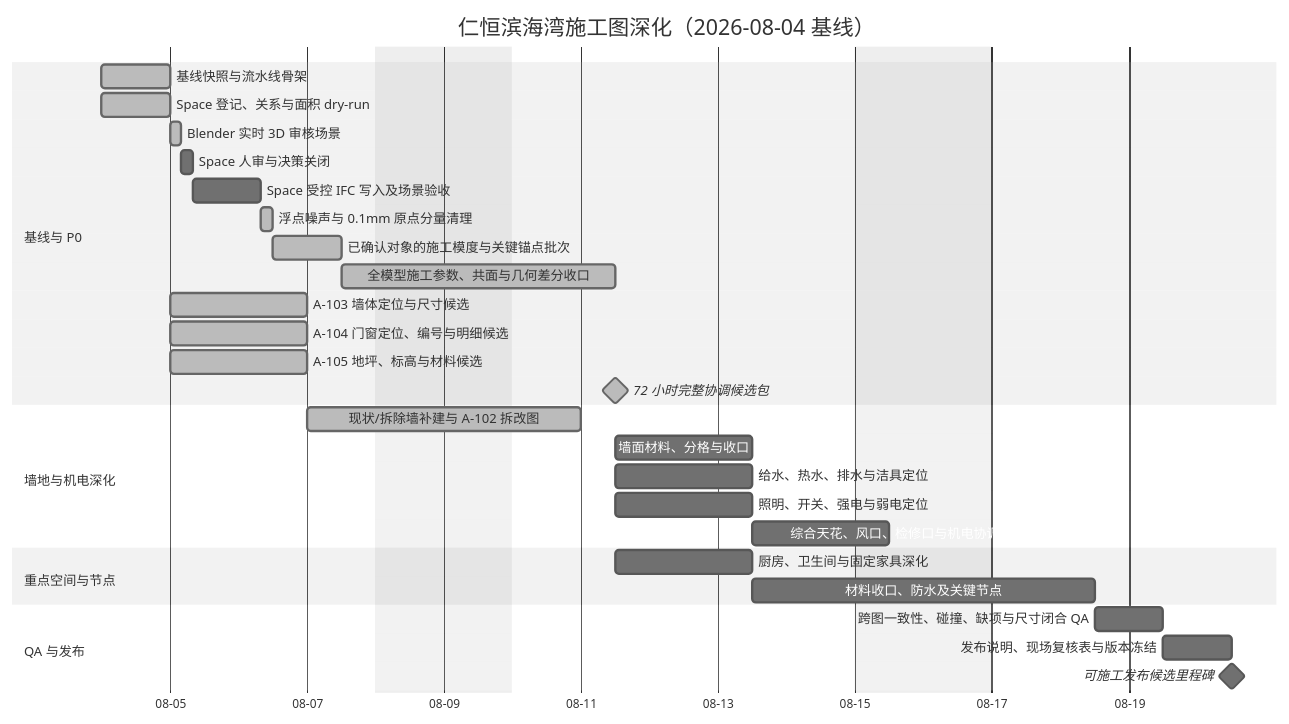
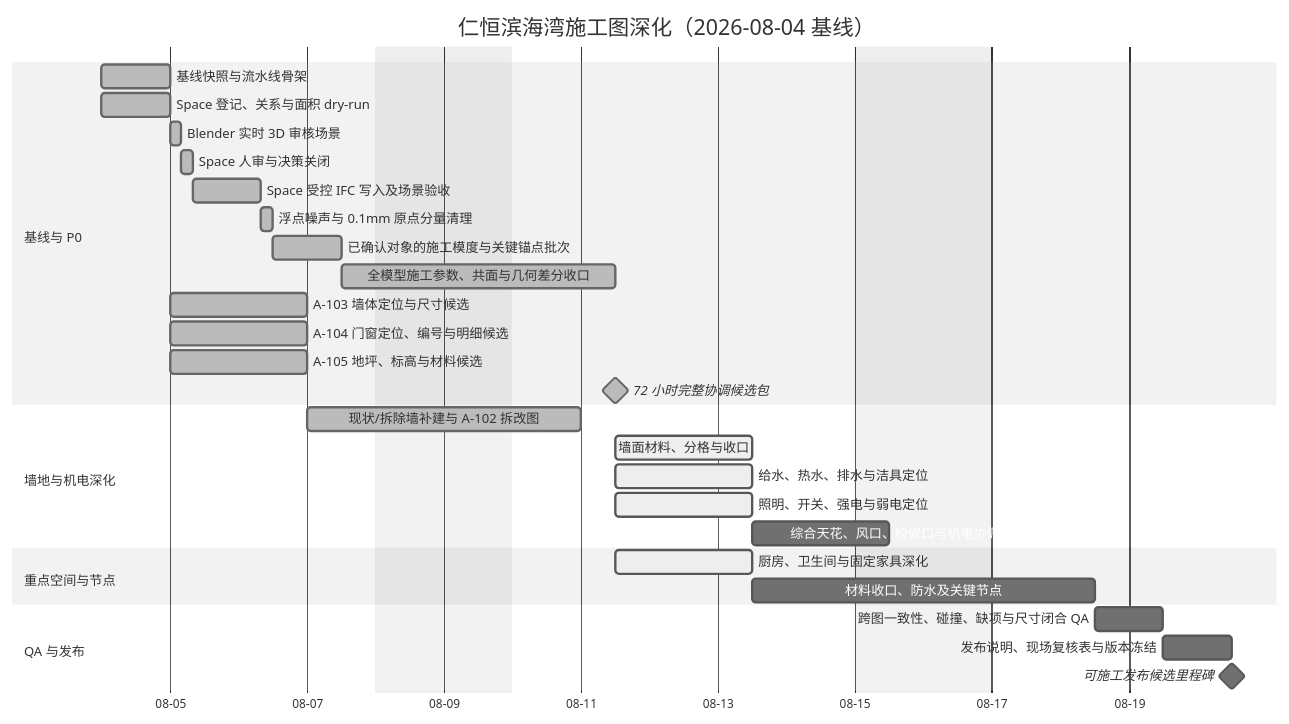
Before and after one commit to Weihan96/2504-GBTB-Yanlord-Zhuhai: the diagram in drawings/滨海湾装修施工图深化工作管理.md, drawn with Mermaid (neutral theme). The commit also changed other lines of this file and 16 other files, not shown here.

````diff
--- a/drawings/滨海湾装修施工图深化工作管理.md
+++ b/drawings/滨海湾装修施工图深化工作管理.md
@@ -65,37 +65,37 @@
 ```mermaid
 gantt
     title 仁恒滨海湾施工图深化（2026-08-04 基线）
     dateFormat  YYYY-MM-DD
     axisFormat  %m-%d
     excludes    weekends
 
     section 基线与 P0
     基线快照与流水线骨架                 :done, M000, 2026-08-04, 1d
     Space 登记、关系与面积 dry-run       :done, S001, 2026-08-04, 1d
     Blender 实时 3D 审核场景              :done, S002A, after S001, 4h
-    Space 人审与决策关闭                 :S002, after S002A, 4h
-    Space 受控 IFC 写入及场景验收         :S003, after S002, 1d
+    Space 人审与决策关闭                 :done, S002, after S002A, 4h
+    Space 受控 IFC 写入及场景验收         :done, S003, after S002, 1d
     浮点噪声与 0.1mm 原点分量清理          :done, C001, after S003, 4h
     已确认对象的施工模度与关键锚点批次       :done, C002, after C001, 1d
     全模型施工参数、共面与几何差分收口       :done, C003, after C002, 2d
     A-103 墙体定位与尺寸候选              :done, A103, after S001, 2d
     A-104 门窗定位、编号与明细候选         :done, A104, after S001, 2d
     A-105 地坪、标高与材料候选             :done, A105, after S001, 2d
     72 小时完整协调候选包                 :milestone, done, M072, after C003 A103 A104 A105, 0d
 
     section 墙地与机电深化
     现状/拆除墙补建与 A-102 拆改图         :done, A102, after A103, 2d
-    墙面材料、分格与收口                  :WFIN, after M072, 2d
-    给水、热水、排水与洁具定位             :PLUM, after M072, 2d
-    照明、开关、强电与弱电定位             :ELEC, after M072, 2d
+    墙面材料、分格与收口                  :active, WFIN, after M072, 2d
+    给水、热水、排水与洁具定位             :active, PLUM, after M072, 2d
+    照明、开关、强电与弱电定位             :active, ELEC, after M072, 2d
     综合天花、风口、检修口与机电协调        :RCP1, after ELEC, 2d
 
     section 重点空间与节点
-    厨房、卫生间与固定家具深化             :INT1, after M072, 2d
+    厨房、卫生间与固定家具深化             :active, INT1, after M072, 2d
     材料收口、防水及关键节点               :DET1, after INT1, 3d
 
     section QA 与发布
     跨图一致性、碰撞、缺项与尺寸闭合 QA     :QA01, after RCP1 DET1 WFIN PLUM, 1d
     发布说明、现场复核表与版本冻结           :REL1, after QA01, 1d
     可施工发布候选里程碑                   :milestone, MREL, after REL1, 0d
 ```
````
